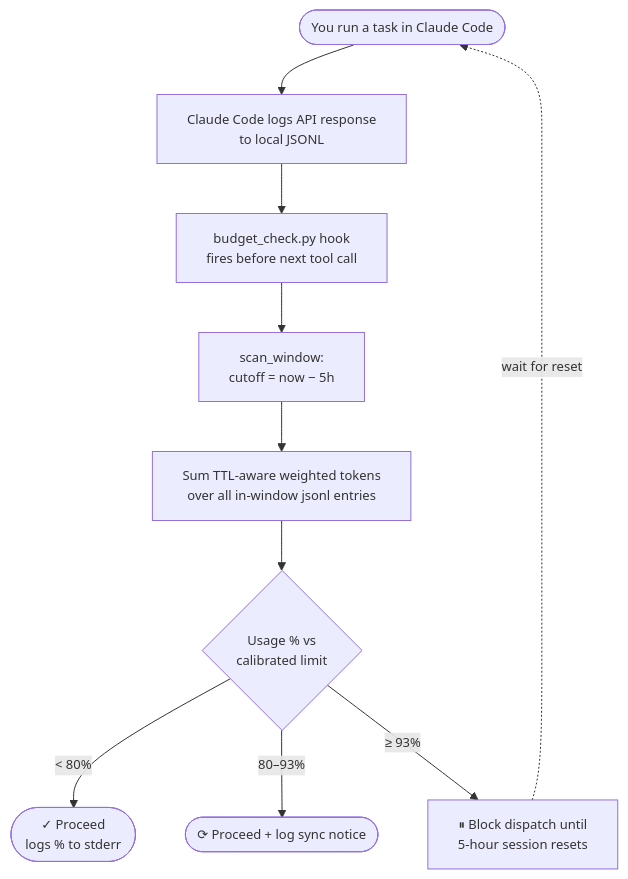
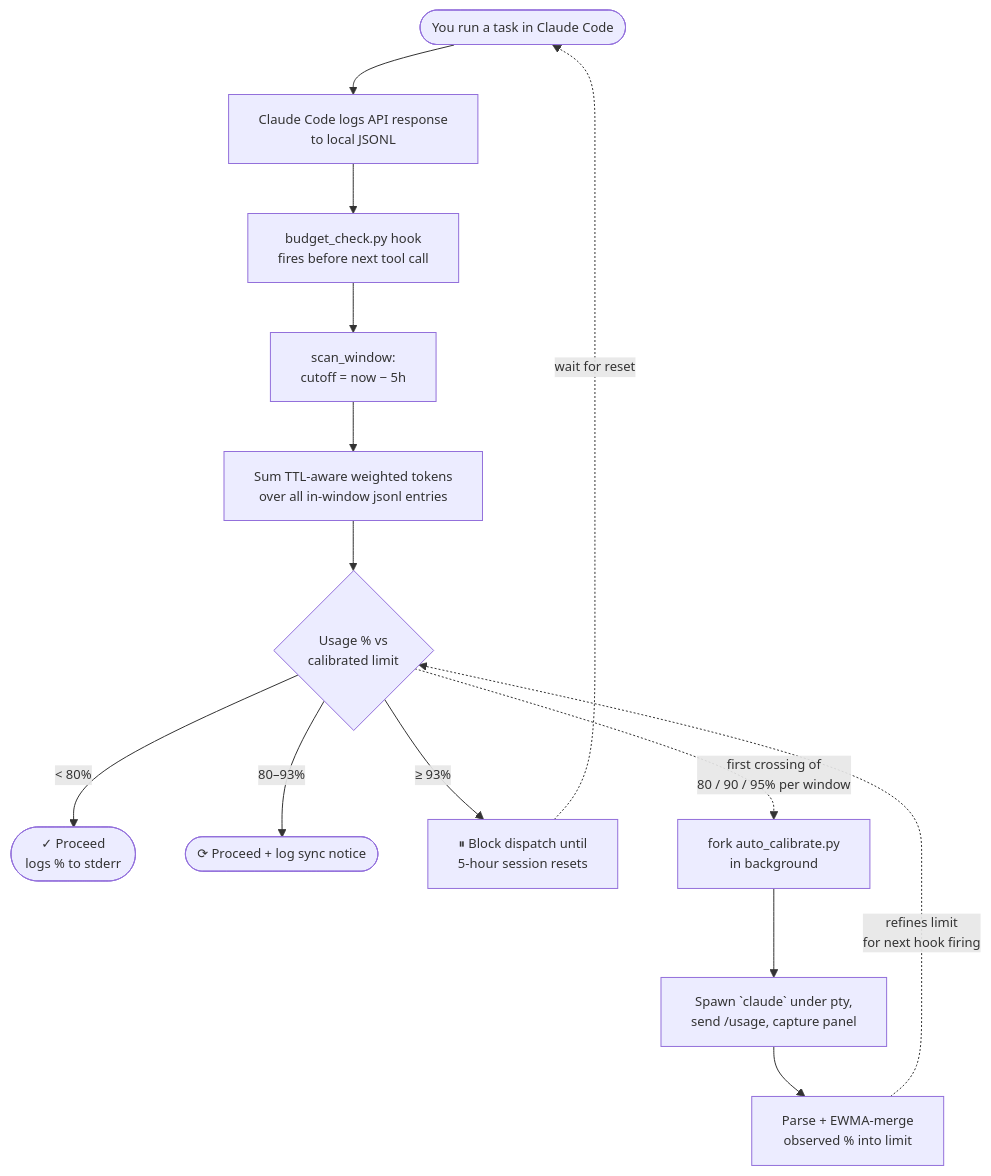
Before and after one commit to Star001-KR/claude-session-budget: the diagram in README.md, drawn with Mermaid. The commit also changed other lines of this file, not shown here.

First line of the commit message:
docs: surface auto-calibration in How It Works flowchart

````diff
--- a/README.md
+++ b/README.md
@@ -14,13 +14,18 @@
 ```mermaid
 %%{init: {'themeVariables': {'fontSize': '13px'}}}%%
 flowchart TD
     A([You run a task in Claude Code]) --> B[Claude Code logs API response<br/>to local JSONL]
     B --> C[budget_check.py hook<br/>fires before next tool call]
     C --> D[scan_window:<br/>cutoff = now − 5h]
     D --> F[Sum TTL-aware weighted tokens<br/>over all in-window jsonl entries]
     F --> G{Usage % vs<br/>calibrated limit}
     G -->|&lt; 80%| H([✓ Proceed<br/>logs % to stderr])
     G -->|80–93%| I([⟳ Proceed + log sync notice])
     G -->|≥ 93%| J[⏸ Block dispatch until<br/>5-hour session resets]
     J -.->|wait for reset| A
+
+    G -.->|first crossing of<br/>80 / 90 / 95% per window| K[fork auto_calibrate.py<br/>in background]
+    K --> L[Spawn `claude` under pty,<br/>send /usage, capture panel]
+    L --> M[Parse + EWMA-merge<br/>observed % into limit]
+    M -.->|refines limit<br/>for next hook firing| G
 ```
````
